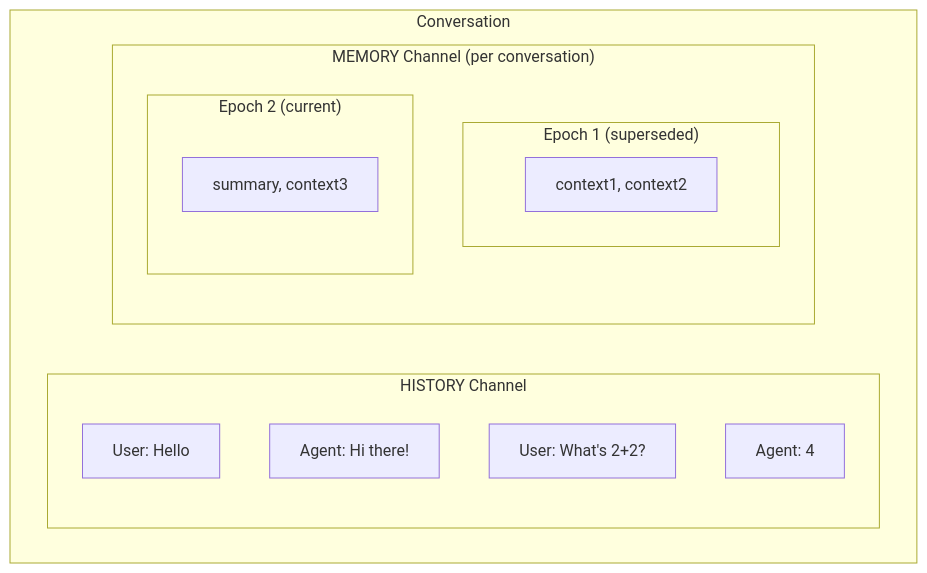
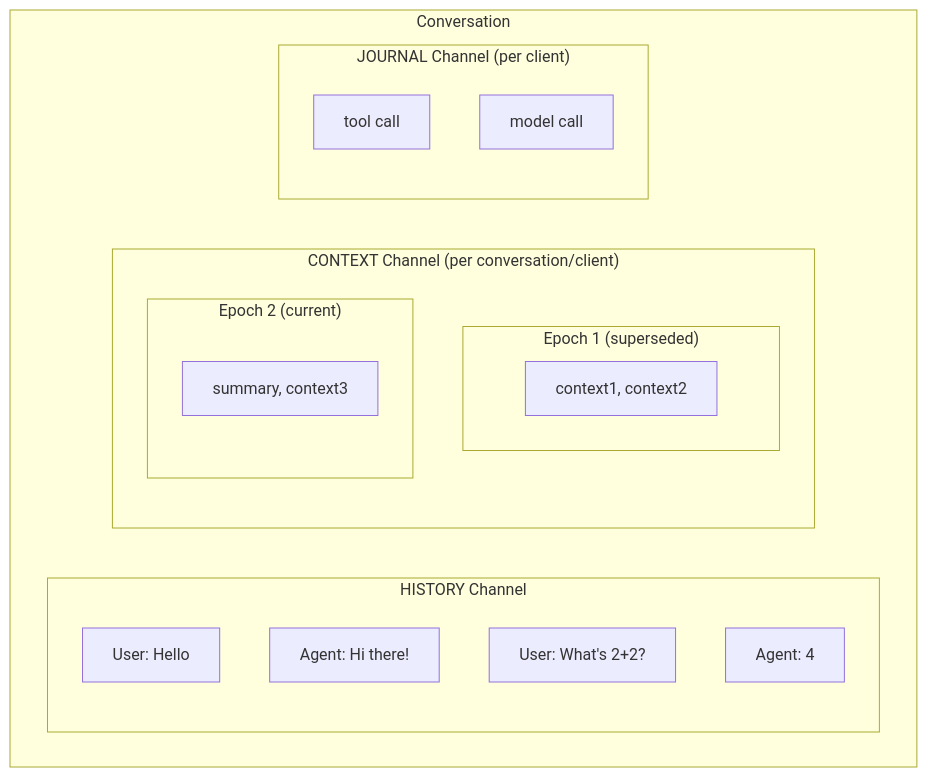
One commit to chirino/memory-service changed the second of 15 diagrams in docs/entry-data-model.md. Above: the diagram before and after it, drawn with Mermaid. The commit also changed other lines of this file and 58 other files, not shown here.

First line of the commit message:
feat(entries): add seq and journal channel support

````diff
--- a/docs/entry-data-model.md
+++ b/docs/entry-data-model.md
@@ -62,19 +68,23 @@
 ```mermaid
 flowchart TB
     subgraph Conversation
         subgraph "HISTORY Channel"
             H1[User: Hello]
             H2[Agent: Hi there!]
             H3[User: What's 2+2?]
             H4[Agent: 4]
         end
-        subgraph "MEMORY Channel (per conversation)"
+        subgraph "CONTEXT Channel (per conversation/client)"
             subgraph "Epoch 1 (superseded)"
                 M1[context1, context2]
             end
             subgraph "Epoch 2 (current)"
                 M2[summary, context3]
             end
         end
+        subgraph "JOURNAL Channel (per client)"
+            J1[tool call]
+            J2[model call]
+        end
     end
 ```
````
